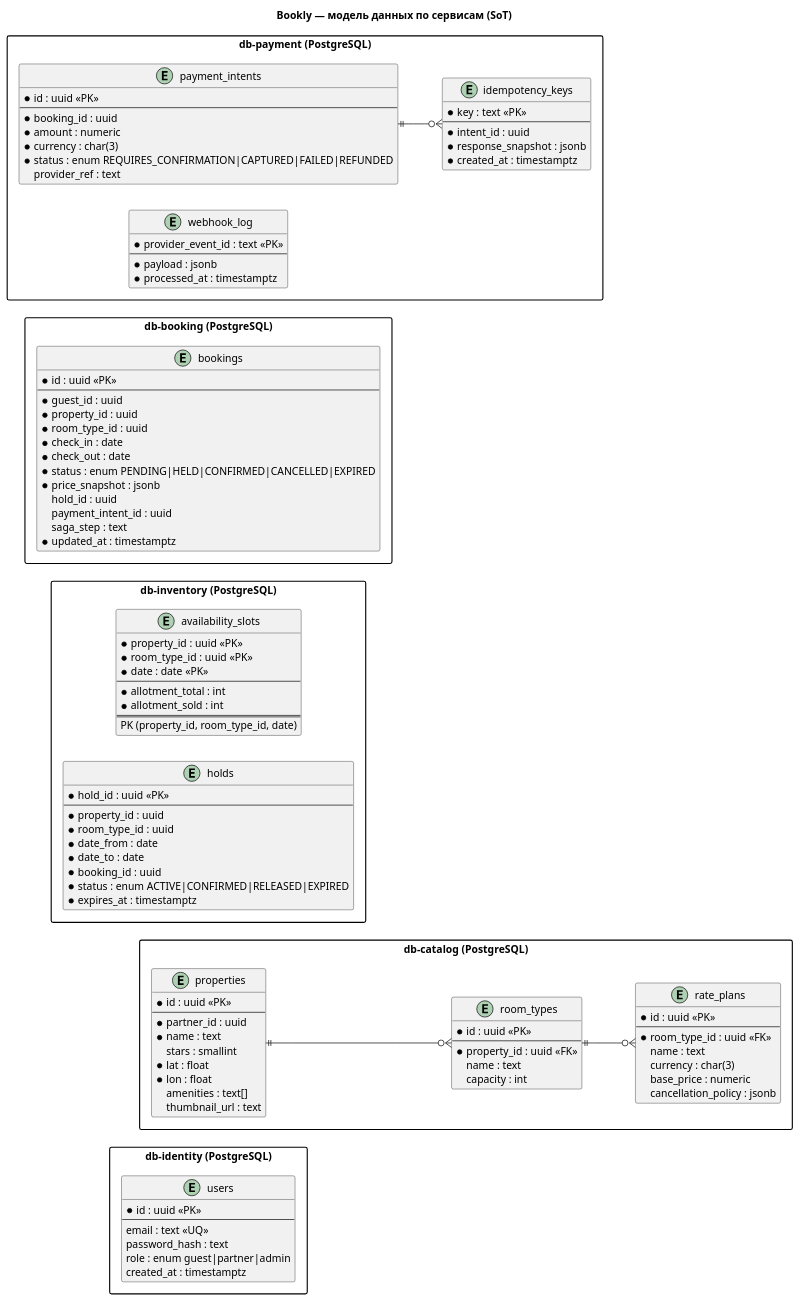
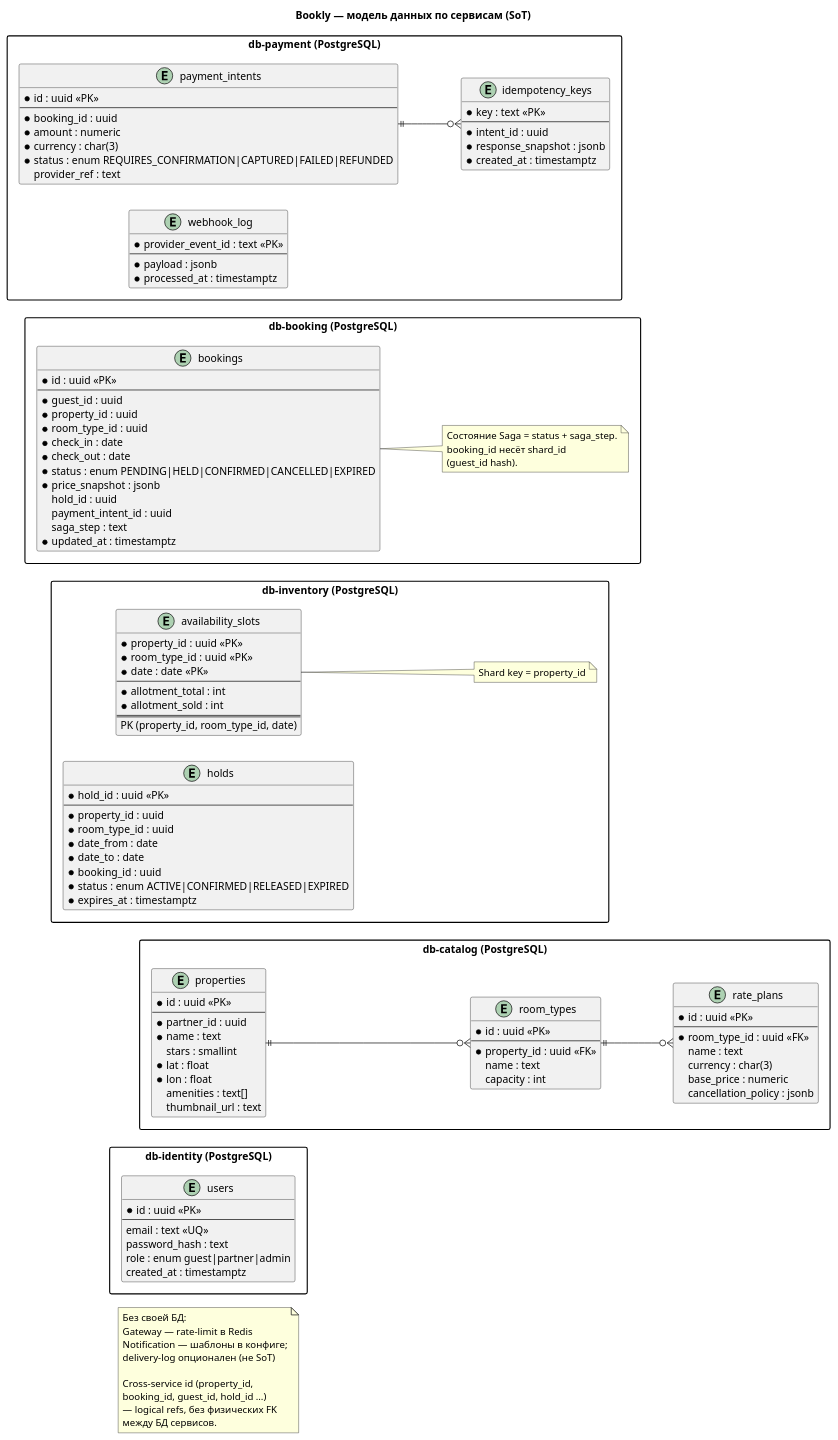
One commit to grahovsky/otus-systemdesign-homework changed the diagram in hw_03/solution/diagrams/er-data-model.puml. Above: the diagram before and after it, drawn with PlantUML.

Commit message:
add er data model notes

```diff
--- a/hw_03/solution/diagrams/er-data-model.puml
+++ b/hw_03/solution/diagrams/er-data-model.puml
@@ -1,129 +1,148 @@
 @startuml er-data-model
 title Bookly — модель данных по сервисам (SoT)
 
 skinparam linetype ortho
 skinparam packageStyle rectangle
 left to right direction
 
 package "db-identity (PostgreSQL)" as pkg_id {
   entity "users" as users {
     * id : uuid <<PK>>
     --
     email : text <<UQ>>
     password_hash : text
     role : enum guest|partner|admin
     created_at : timestamptz
   }
 }
 
 package "db-catalog (PostgreSQL)" as pkg_cat {
   entity "properties" as properties {
     * id : uuid <<PK>>
     --
     * partner_id : uuid
     * name : text
     stars : smallint
     * lat : float
     * lon : float
     amenities : text[]
     thumbnail_url : text
   }
 
   entity "room_types" as room_types {
     * id : uuid <<PK>>
     --
     * property_id : uuid <<FK>>
     name : text
     capacity : int
   }
 
   entity "rate_plans" as rate_plans {
     * id : uuid <<PK>>
     --
     * room_type_id : uuid <<FK>>
     name : text
     currency : char(3)
     base_price : numeric
     cancellation_policy : jsonb
   }
 
   properties ||--o{ room_types
   room_types ||--o{ rate_plans
 }
 
 package "db-inventory (PostgreSQL)" as pkg_inv {
   entity "availability_slots" as slots {
     * property_id : uuid <<PK>>
     * room_type_id : uuid <<PK>>
     * date : date <<PK>>
     --
     * allotment_total : int
     * allotment_sold : int
     ==
     PK (property_id, room_type_id, date)
   }
 
   entity "holds" as holds {
     * hold_id : uuid <<PK>>
     --
     * property_id : uuid
     * room_type_id : uuid
     * date_from : date
     * date_to : date
     * booking_id : uuid
     * status : enum ACTIVE|CONFIRMED|RELEASED|EXPIRED
     * expires_at : timestamptz
   }
 
+  note right of slots
+    Shard key = property_id
+  end note
 }
 
 package "db-booking (PostgreSQL)" as pkg_bkg {
   entity "bookings" as bookings {
     * id : uuid <<PK>>
     --
     * guest_id : uuid
     * property_id : uuid
     * room_type_id : uuid
     * check_in : date
     * check_out : date
     * status : enum PENDING|HELD|CONFIRMED|CANCELLED|EXPIRED
     * price_snapshot : jsonb
     hold_id : uuid
     payment_intent_id : uuid
     saga_step : text
     * updated_at : timestamptz
   }
 
+  note right of bookings
+    Состояние Saga = status + saga_step.
+    booking_id несёт shard_id
+    (guest_id hash).
+  end note
 }
 
 package "db-payment (PostgreSQL)" as pkg_pay {
   entity "payment_intents" as intents {
     * id : uuid <<PK>>
     --
     * booking_id : uuid
     * amount : numeric
     * currency : char(3)
     * status : enum REQUIRES_CONFIRMATION|CAPTURED|FAILED|REFUNDED
     provider_ref : text
   }
 
   entity "idempotency_keys" as idem {
     * key : text <<PK>>
     --
     * intent_id : uuid
     * response_snapshot : jsonb
     * created_at : timestamptz
   }
 
   entity "webhook_log" as webhooks {
     * provider_event_id : text <<PK>>
     --
     * payload : jsonb
     * processed_at : timestamptz
   }
 
   intents ||--o{ idem
 }
 
+note as n_no_db
+  Без своей БД:
+  Gateway — rate-limit в Redis
+  Notification — шаблоны в конфиге;
+  delivery-log опционален (не SoT)
+
+  Cross-service id (property_id,
+  booking_id, guest_id, hold_id …)
+  — logical refs, без физических FK
+  между БД сервисов.
+end note
 
 @enduml
```
